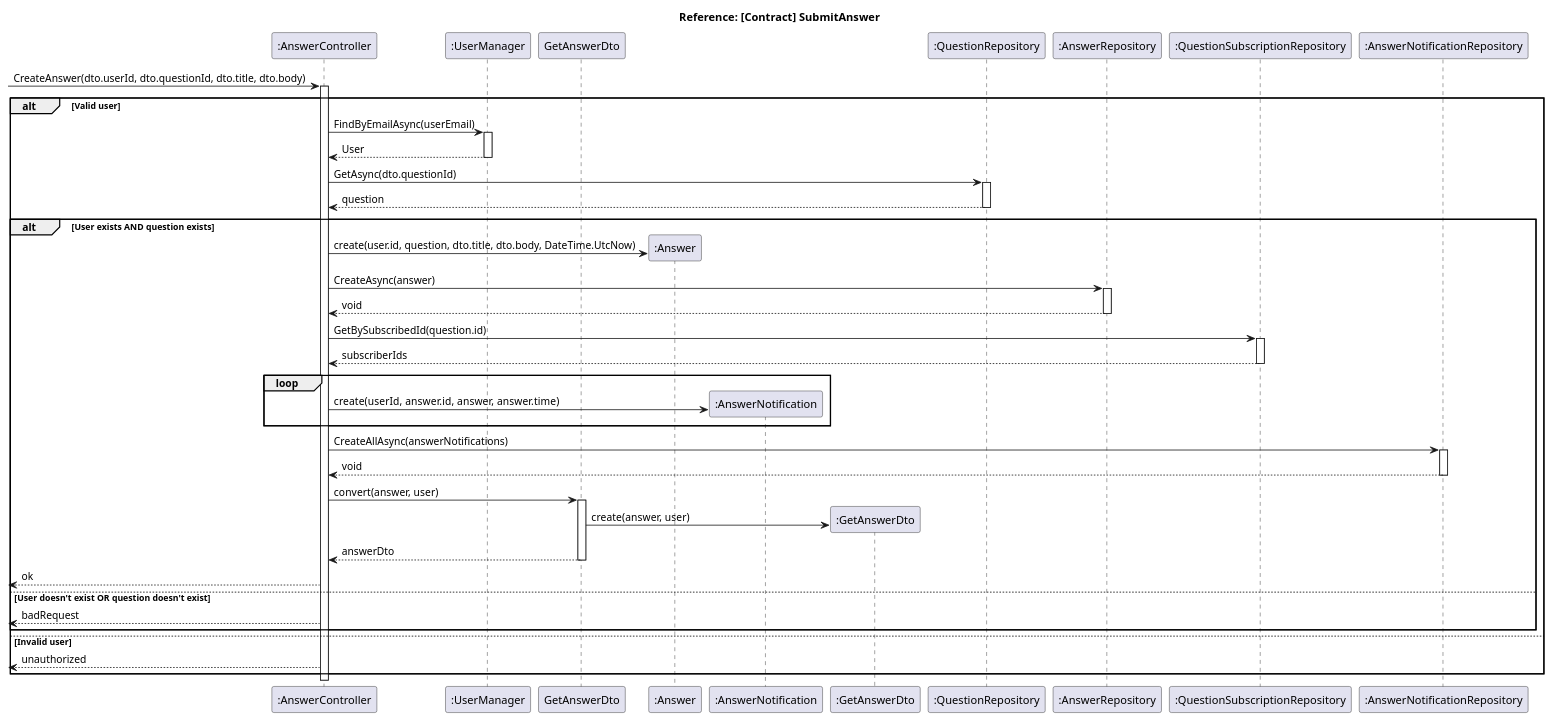
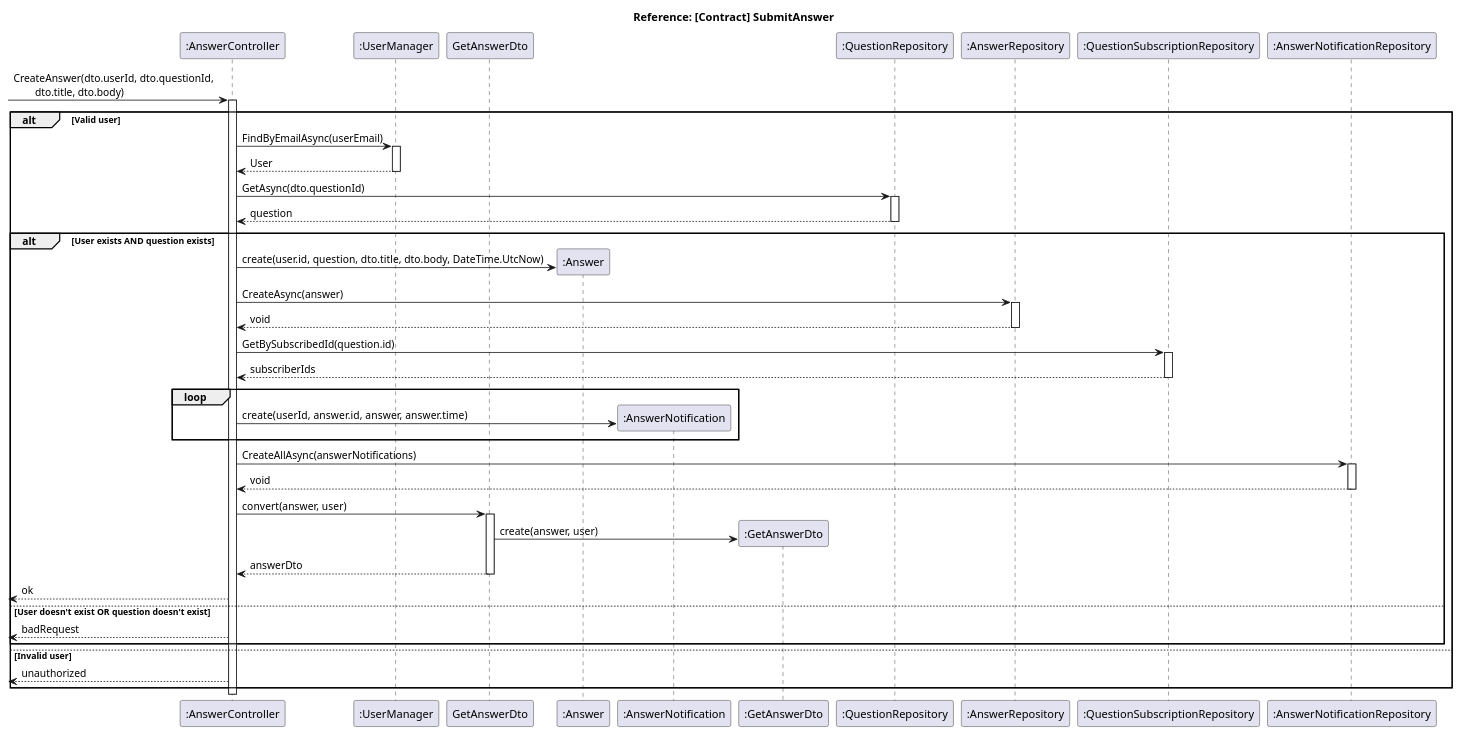
The diagram in Diagrams/Sequence_Diagrams/answer_question.puml (Singh-Kiran-P/StuNet), drawn with PlantUML before and after one commit. The commit also changed 6 other files, not shown here.

Commit message:
docs: Move participants in /Sequence_Diagrams

```diff
--- a/Diagrams/Sequence_Diagrams/answer_question.puml
+++ b/Diagrams/Sequence_Diagrams/answer_question.puml
@@ -1,70 +1,70 @@
 @startuml Answer question
 
 title Reference: [Contract] SubmitAnswer
 
 participant ":AnswerController" as controller
 participant ":UserManager" as userManager
 participant GetAnswerDto
 participant ":Answer" as answer
 participant ":AnswerNotification" as answerNotification
 participant ":GetAnswerDto" as getAnswerDto
 participant ":QuestionRepository" as questionRepository
 participant ":AnswerRepository" as repository
 participant ":QuestionSubscriptionRepository" as subscriptionRepository
 participant ":AnswerNotificationRepository" as notificationRepository
 
--> controller: CreateAnswer(dto.userId, dto.questionId, dto.title, dto.body)
+-> controller: CreateAnswer(dto.userId, dto.questionId,\n\tdto.title, dto.body)
 activate controller
 
 alt Valid user
     controller -> userManager: FindByEmailAsync(userEmail)
     activate userManager
     controller <-- userManager: User
     ' TO-ASK: User|null of gewoon User?
     deactivate userManager
 
     controller -> questionRepository: GetAsync(dto.questionId)
     activate questionRepository
     questionRepository --> controller : question
     deactivate questionRepository
 
     alt User exists AND question exists
         controller -> answer **: create(user.id, question, dto.title, dto.body, DateTime.UtcNow)
         
         controller -> repository: CreateAsync(answer)
         activate repository
         repository --> controller: void
         deactivate repository
 
         controller -> subscriptionRepository: GetBySubscribedId(question.id)
         activate subscriptionRepository
         subscriptionRepository --> controller: subscriberIds
         deactivate subscriptionRepository
 
         loop
             controller -> answerNotification **: create(userId, answer.id, answer, answer.time)
         end
 
         controller -> notificationRepository: CreateAllAsync(answerNotifications)
         activate notificationRepository
         notificationRepository --> controller: void
         deactivate notificationRepository
 
         controller -> GetAnswerDto: convert(answer, user)
         activate GetAnswerDto
         GetAnswerDto -> getAnswerDto ** : create(answer, user)
         GetAnswerDto --> controller: answerDto
         deactivate GetAnswerDto
 
         <-- controller: ok
     else User doesn't exist OR question doesn't exist
         <-- controller: badRequest
     end
 
 else Invalid user
     <-- controller: unauthorized
 end
 
 activate controller
 
 @enduml
```
